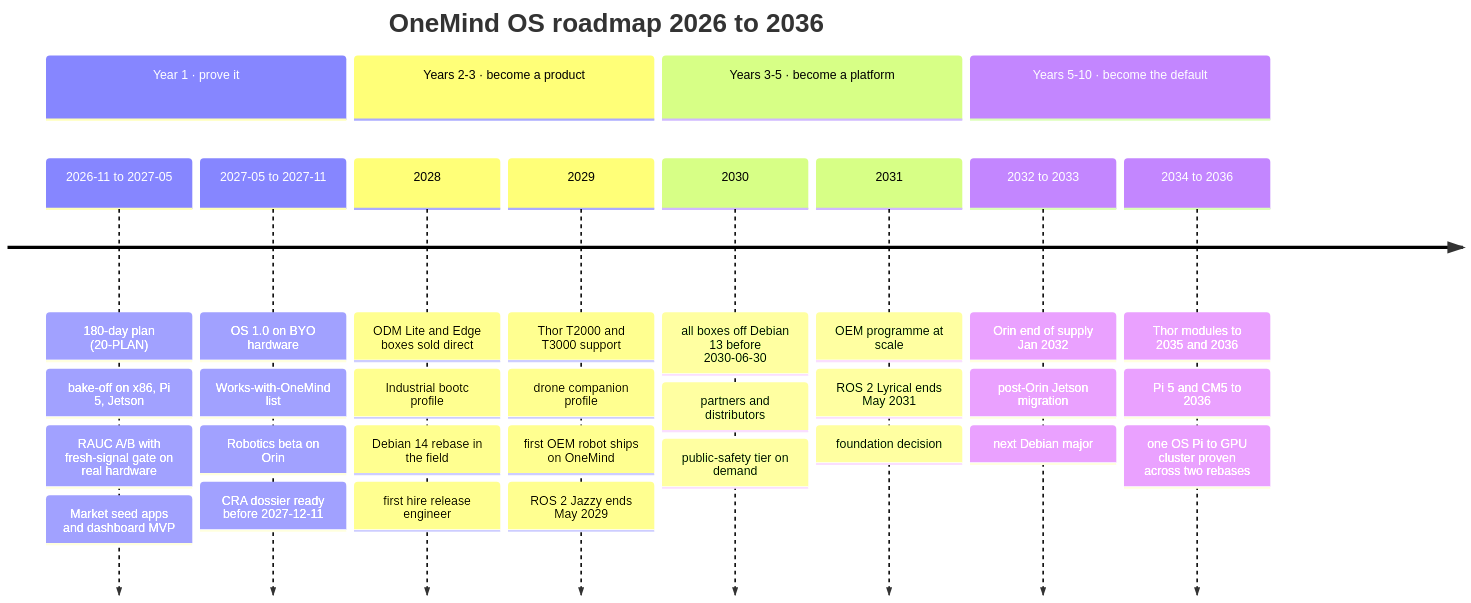
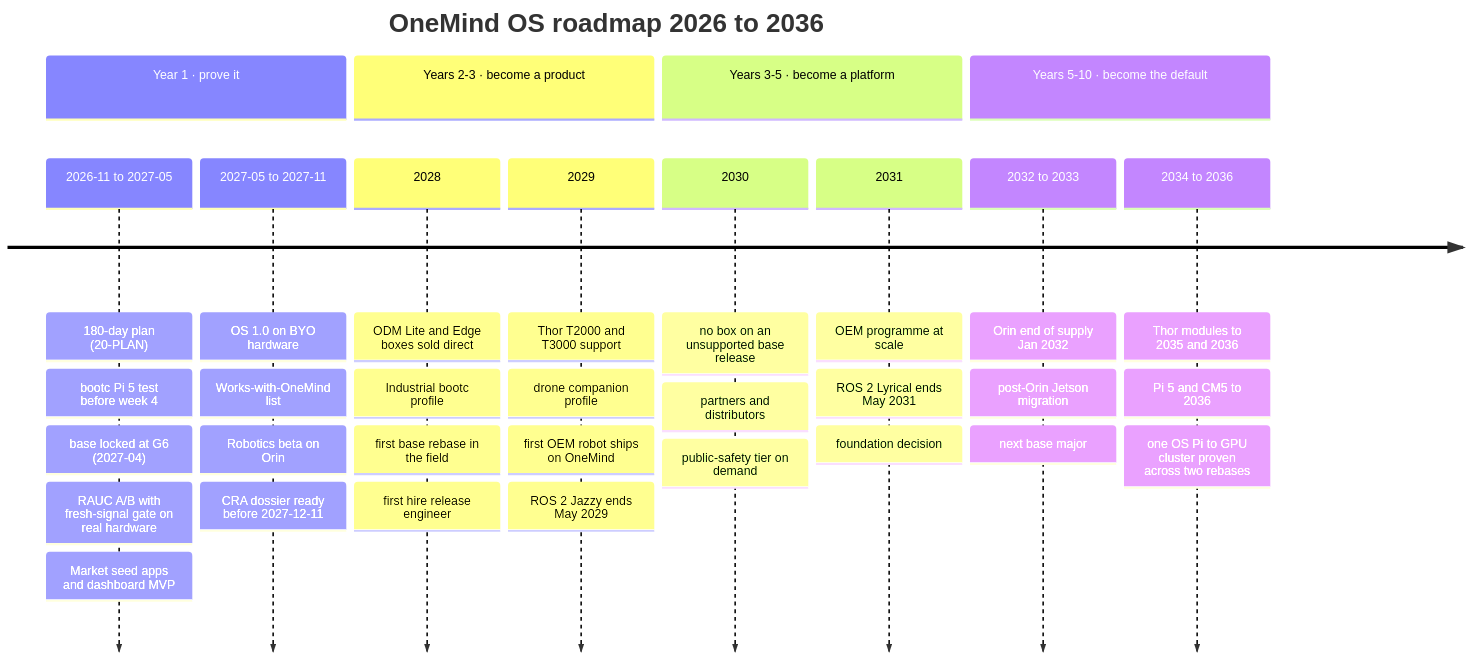
The first of 2 diagrams in research-output/21-ROADMAP-5-10-YEARS.md (onemindos/ONEMINDOS), drawn with Mermaid before and after one commit. The commit also changed other lines of this file and 326 other files, not shown here.

````diff
--- a/research-output/21-ROADMAP-5-10-YEARS.md
+++ b/research-output/21-ROADMAP-5-10-YEARS.md
@@ -56,16 +58,16 @@
 ```mermaid
 timeline
     title OneMind OS roadmap 2026 to 2036
     section Year 1 · prove it
-        2026-11 to 2027-05 : 180-day plan (20-PLAN) : bake-off on x86, Pi 5, Jetson : RAUC A/B with fresh-signal gate on real hardware : Market seed apps and dashboard MVP
+        2026-11 to 2027-05 : 180-day plan (20-PLAN) : bootc Pi 5 test before week 4 : base locked at G6 (2027-04) : RAUC A/B with fresh-signal gate on real hardware : Market seed apps and dashboard MVP
         2027-05 to 2027-11 : OS 1.0 on BYO hardware : Works-with-OneMind list : Robotics beta on Orin : CRA dossier ready before 2027-12-11
     section Years 2-3 · become a product
-        2028 : ODM Lite and Edge boxes sold direct : Industrial bootc profile : Debian 14 rebase in the field : first hire release engineer
+        2028 : ODM Lite and Edge boxes sold direct : Industrial bootc profile : first base rebase in the field : first hire release engineer
         2029 : Thor T2000 and T3000 support : drone companion profile : first OEM robot ships on OneMind : ROS 2 Jazzy ends May 2029
     section Years 3-5 · become a platform
-        2030 : all boxes off Debian 13 before 2030-06-30 : partners and distributors : public-safety tier on demand
+        2030 : no box on an unsupported base release : partners and distributors : public-safety tier on demand
         2031 : OEM programme at scale : ROS 2 Lyrical ends May 2031 : foundation decision
     section Years 5-10 · become the default
-        2032 to 2033 : Orin end of supply Jan 2032 : post-Orin Jetson migration : next Debian major
+        2032 to 2033 : Orin end of supply Jan 2032 : post-Orin Jetson migration : next base major
         2034 to 2036 : Thor modules to 2035 and 2036 : Pi 5 and CM5 to 2036 : one OS Pi to GPU cluster proven across two rebases
 ```
````
